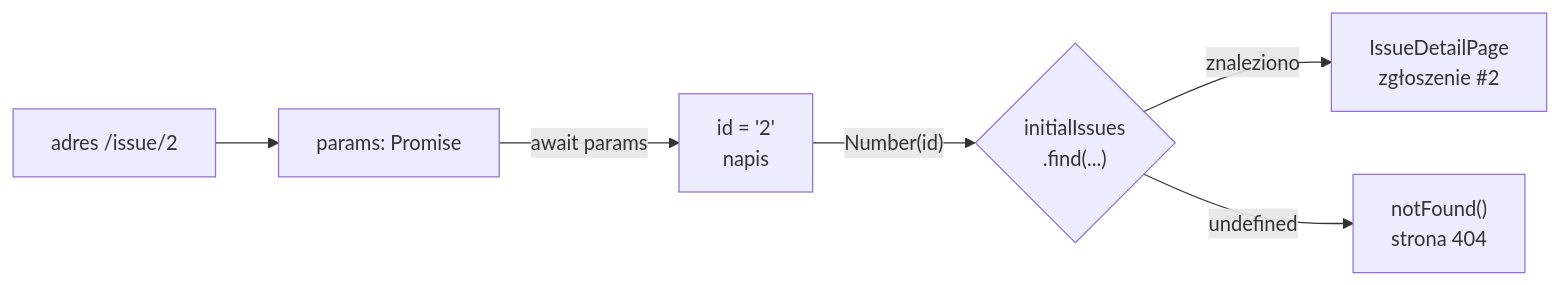
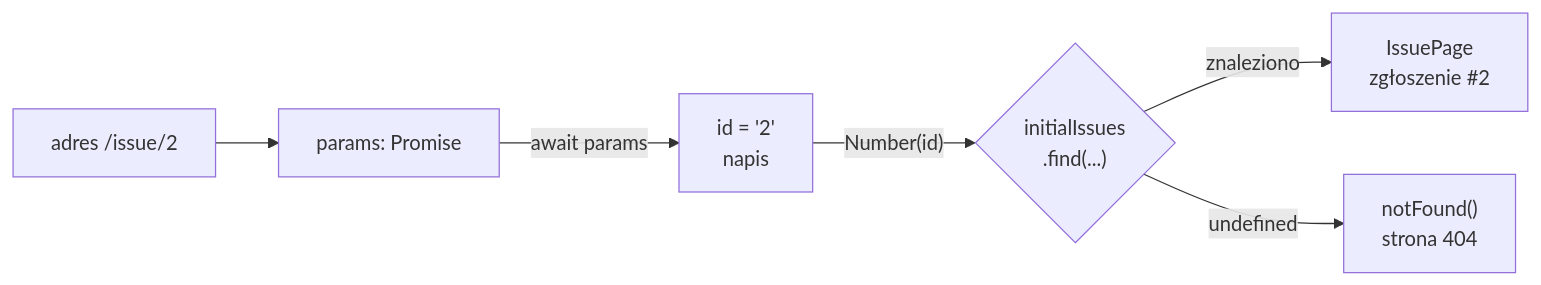
Before and after one commit to mmiotk/frontend-development-ug: the diagram in lecture03/slides/slide_04_trasa-dynamiczna.md, drawn with Mermaid. The commit also changed other lines of this file and 48 other files, not shown here.

````diff
--- a/lecture03/slides/slide_04_trasa-dynamiczna.md
+++ b/lecture03/slides/slide_04_trasa-dynamiczna.md
@@ -79,9 +76,9 @@
 ```mermaid
 %%{init: {"flowchart": {"wrappingWidth": 360}}}%%
 flowchart LR
     U["adres /issue/2"] --> P["params: Promise"]
     P -->|"await params"| I["id = '2'<br/>napis"]
     I -->|"Number(id)"| F{"initialIssues<br/>.find(...)"}
-    F -->|"znaleziono"| R["IssueDetailPage<br/>zgłoszenie #2"]
+    F -->|"znaleziono"| R["IssuePage<br/>zgłoszenie #2"]
     F -->|"undefined"| N["notFound()<br/>strona 404"]
 ```
````
